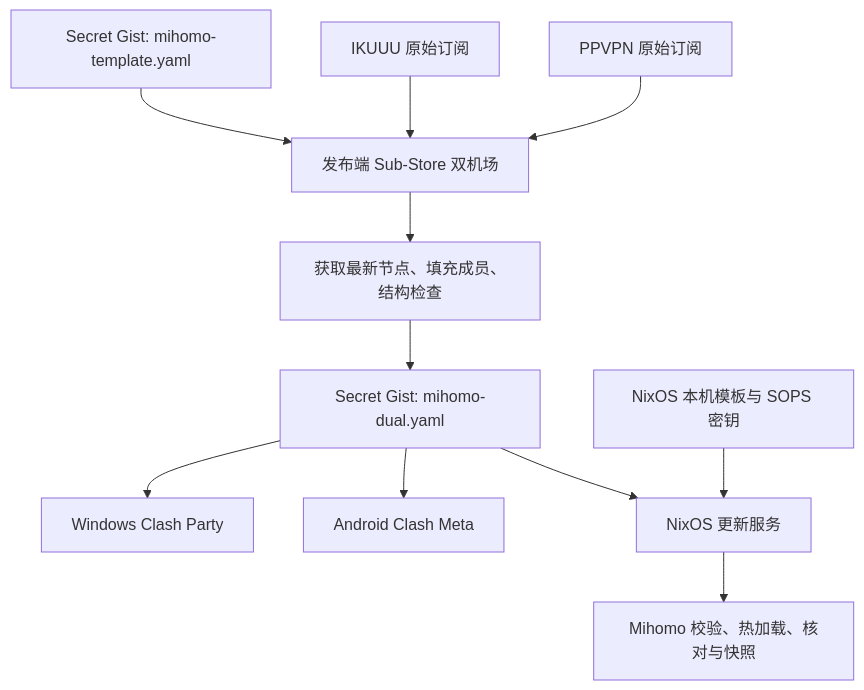
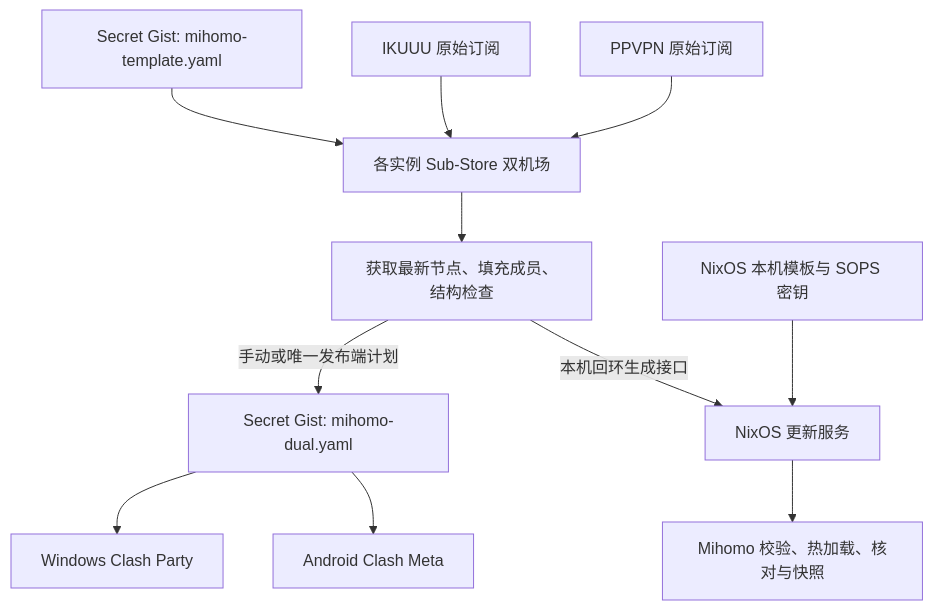
The diagram in wiki/networking/mihomo-distribution.md (Shangshui0302/myNixOSConfig), drawn with Mermaid before and after one commit. The commit also changed other lines of this file and 16 other files, not shown here.

Commit message:
feat(network): consume local Sub-Store configurations

````diff
--- a/wiki/networking/mihomo-distribution.md
+++ b/wiki/networking/mihomo-distribution.md
@@ -28,13 +29,13 @@
 ```mermaid
 flowchart TD
-  T[Secret Gist: mihomo-template.yaml] --> S[发布端 Sub-Store 双机场]
+  T[Secret Gist: mihomo-template.yaml] --> S[各实例 Sub-Store 双机场]
   I[IKUUU 原始订阅] --> S
   P[PPVPN 原始订阅] --> S
   S --> V[获取最新节点、填充成员、结构检查]
-  V --> O[Secret Gist: mihomo-dual.yaml]
+  V -->|手动或唯一发布端计划| O[Secret Gist: mihomo-dual.yaml]
   O --> W[Windows Clash Party]
   O --> A[Android Clash Meta]
-  O --> N[NixOS 更新服务]
+  V -->|本机回环生成接口| N[NixOS 更新服务]
   L[NixOS 本机模板与 SOPS 密钥] --> N
   N --> C[Mihomo 校验、热加载、核对与快照]
 ```
````
